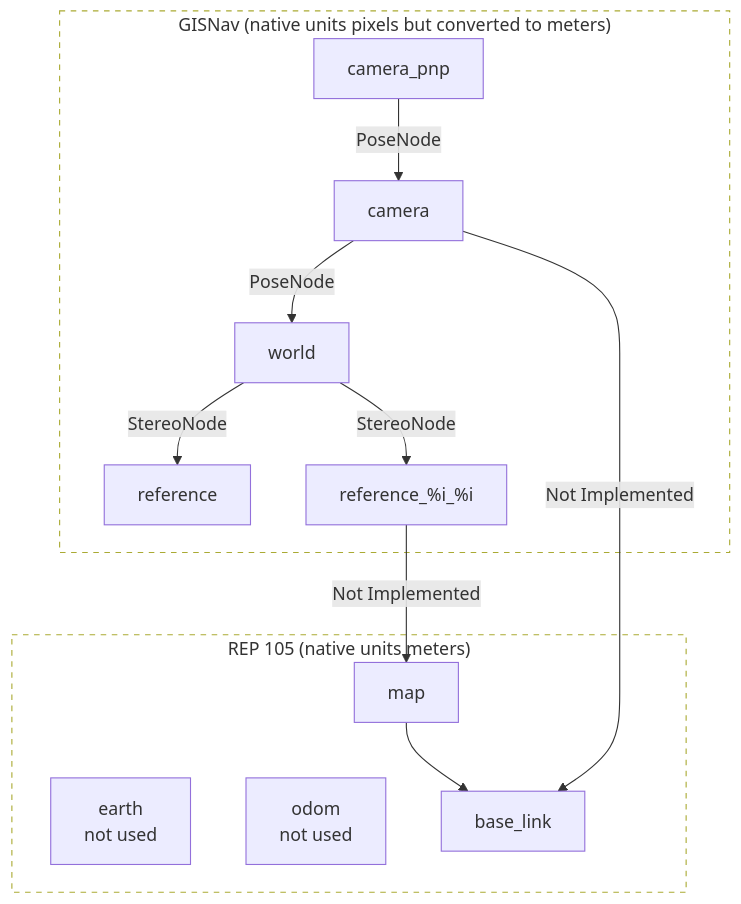
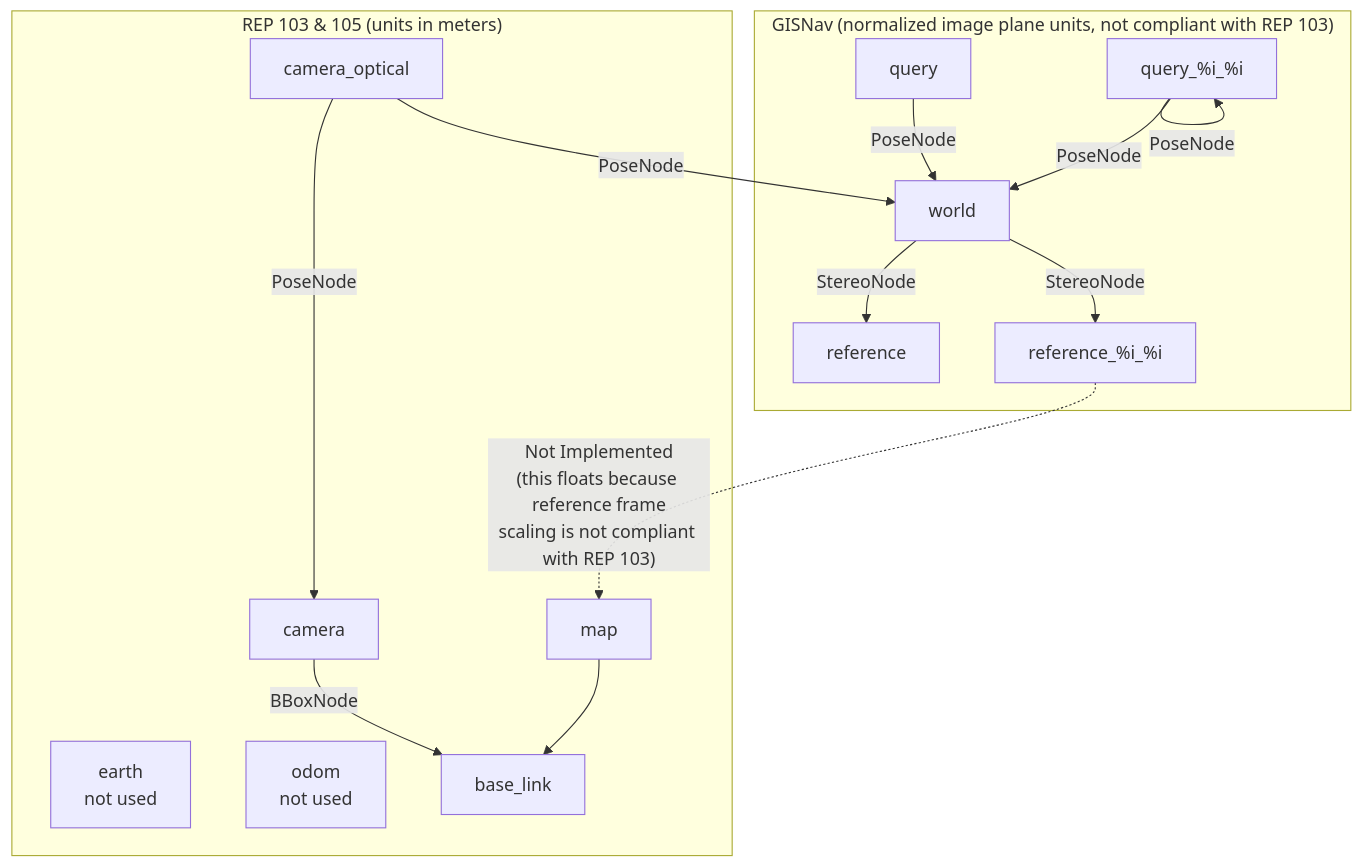
Before and after one commit to hmakelin/gisnav: the second of 2 diagrams in docs/pages/developer_guide/integration/ros_messaging.rst, drawn with Mermaid. The commit also changed other lines of this file and 5 other files, not shown here.

```diff
--- a/docs/pages/developer_guide/integration/ros_messaging.rst
+++ b/docs/pages/developer_guide/integration/ros_messaging.rst
@@ -54,25 +54,26 @@
 .. mermaid::
     :caption: ROS frames
 
     graph TB
-        subgraph rep["REP 105 (native units meters)"]
+        subgraph rep["REP 103 & 105 (units in meters)"]
             earth["earth\nnot used"]
             odom["odom\nnot used"]
             map1["map"] --> base_link
+            camera
+            camera_optical
         end
 
-        subgraph gisnav["GISNav (native units pixels but converted to meters)"]
-            camera_pinhole["camera_pnp"] -->|"PoseNode"| camera
-            camera -->|"PoseNode"| world
-            camera -->|"Not Implemented"| base_link
-
-            world -->|"StereoNode"| reference
-            world -->|"StereoNode"| reference_ts
-
+        subgraph gisnav["GISNav (normalized image plane units, not compliant with REP 103)"]
+            world
             reference
-            reference_ts["reference_%i_%i"]
-            reference_ts -->|"Not Implemented"| map1
+            reference_ts -.->|"Not Implemented\n(this floats because reference frame\nscaling is not compliant with REP 103)"| map1
+            world -->|"StereoNode"| reference["reference"]
+            world -->|"StereoNode"| reference_ts["reference_%i_%i"]
+            query_ts["query_%i_%i"] -->|"PoseNode"| query_ts
+            query_ts -->|"PoseNode"| world
+            query -->|"PoseNode"| world
         end
 
-        classDef dotted fill:transparent,stroke-dasharray:5 5;
-        class rep,gisnav dotted
+        camera -->|"BBoxNode"| base_link
+        camera_optical -->|"PoseNode"| camera
+        camera_optical -->|"PoseNode"| world
```
